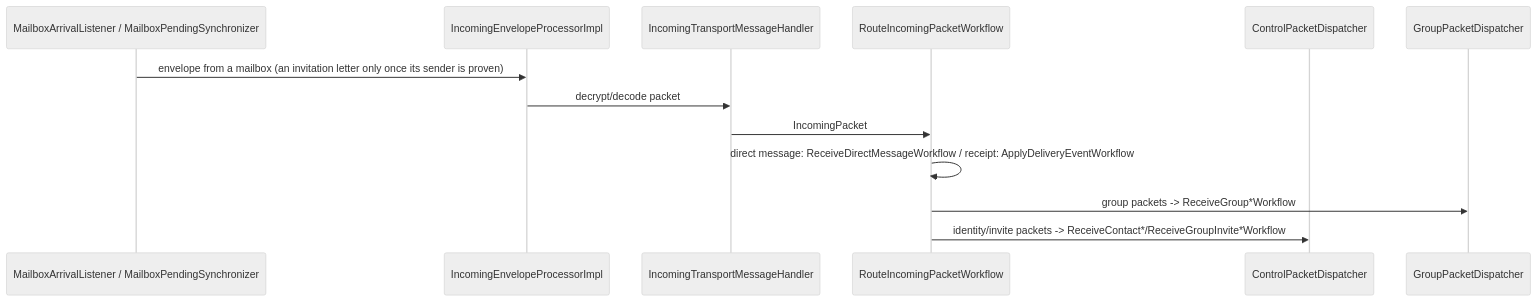
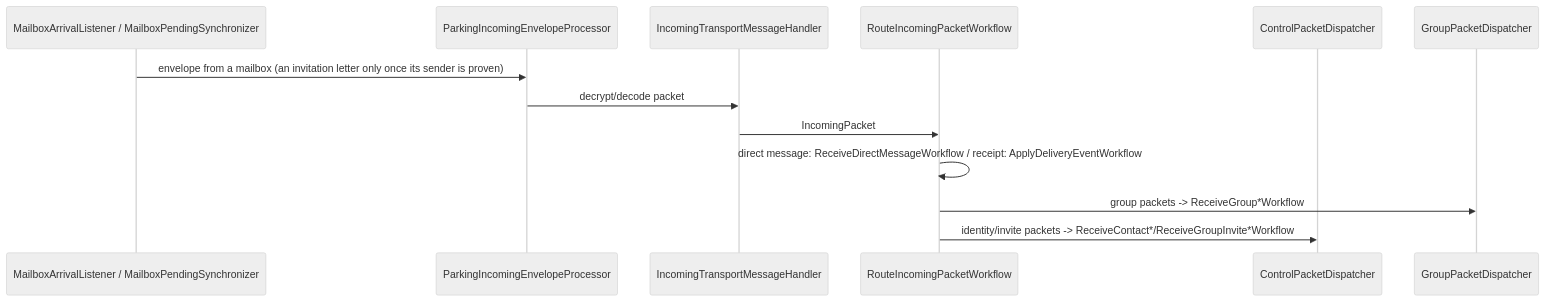
Before and after one commit to cbgm/Sparrow: the second of 3 diagrams in docs/features/message-transport-flow.md, drawn with Mermaid (neutral theme). The commit also changed other lines of this file and 250 other files, not shown here.

````diff
--- a/docs/features/message-transport-flow.md
+++ b/docs/features/message-transport-flow.md
@@ -53,16 +53,16 @@
 ```mermaid
 sequenceDiagram
     participant MB as MailboxArrivalListener / MailboxPendingSynchronizer
-    participant IP as IncomingEnvelopeProcessorImpl
+    participant IP as ParkingIncomingEnvelopeProcessor
     participant H as IncomingTransportMessageHandler
     participant ROUTE as RouteIncomingPacketWorkflow
     participant CTRL as ControlPacketDispatcher
     participant GRP as GroupPacketDispatcher
 
     MB->>IP: envelope from a mailbox (an invitation letter only once its sender is proven)
     IP->>H: decrypt/decode packet
     H->>ROUTE: IncomingPacket
     ROUTE->>ROUTE: direct message: ReceiveDirectMessageWorkflow / receipt: ApplyDeliveryEventWorkflow
     ROUTE->>GRP: group packets -> ReceiveGroup*Workflow
     ROUTE->>CTRL: identity/invite packets -> ReceiveContact*/ReceiveGroupInvite*Workflow
 ```
````
